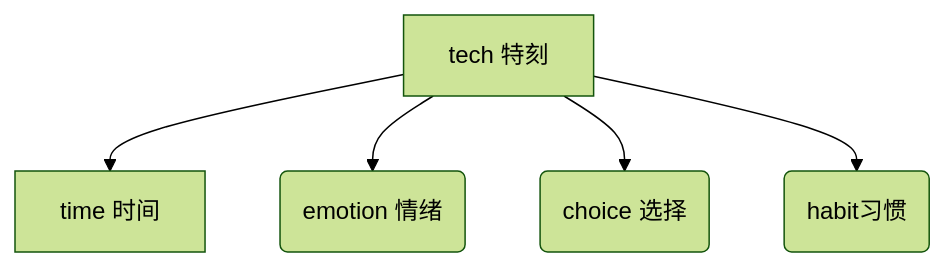
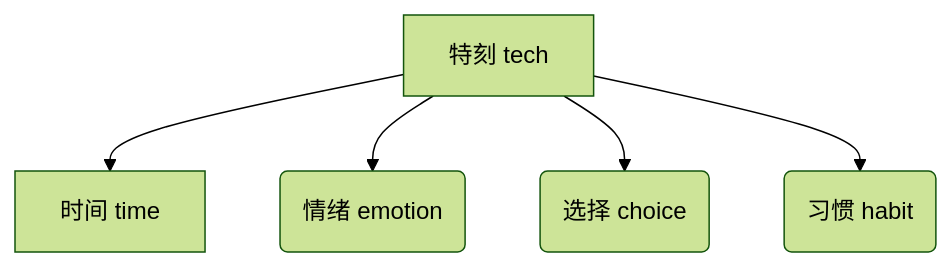
One commit to sjhfx/linji changed the diagram in tech/tech/README.md. Above: the diagram before and after it, drawn with Mermaid (forest theme). The commit also changed 1 other file, not shown here.

Commit message:
A 增加时间线图。

````diff
--- a/tech/tech/README.md
+++ b/tech/tech/README.md
@@ -3,8 +3,8 @@
 ```mermaid
 flowchart TD
-    B["tech 特刻"]
-    B-->C["time 时间"]
-    B-->D("emotion 情绪")
-    B-->E("choice 选择")
-    B-->F("habit习惯")
+    B["特刻 tech"]
+    B-->C["时间 time"]
+    B-->D("情绪 emotion")
+    B-->E("选择 choice")
+    B-->F("习惯 habit")
 ```
````
